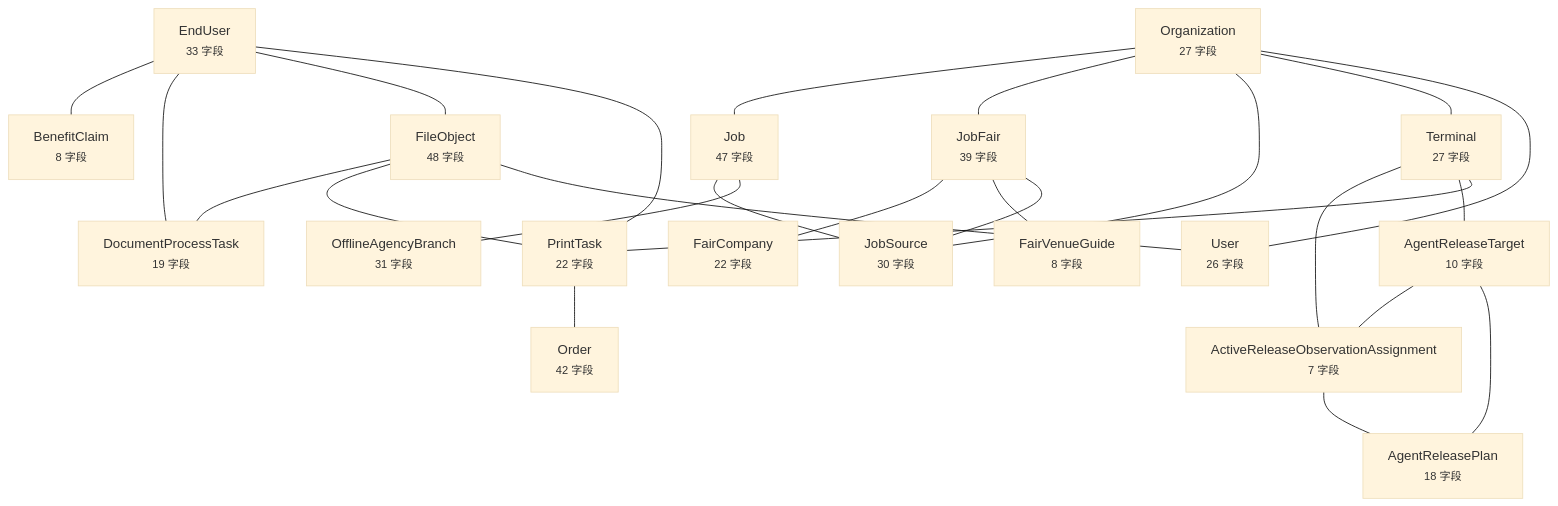
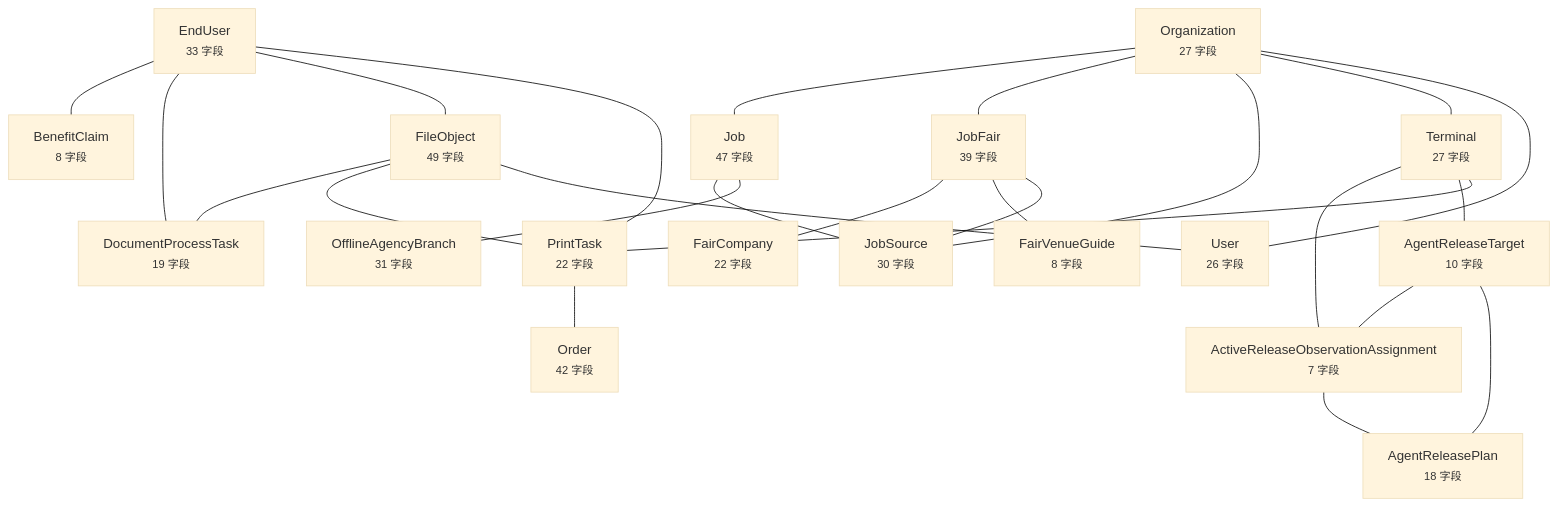
The diagram in docs/graph/data-model.md (wanglei581/YITIJI), drawn with Mermaid (base theme) before and after one commit. The commit also changed other lines of this file and 35 other files, not shown here.

````diff
--- a/docs/graph/data-model.md
+++ b/docs/graph/data-model.md
@@ -10,45 +10,45 @@
 ```mermaid
 flowchart TD
   EndUser["EndUser<br/><small>33 字段</small>"]
   Organization["Organization<br/><small>27 字段</small>"]
   Terminal["Terminal<br/><small>27 字段</small>"]
-  FileObject["FileObject<br/><small>48 字段</small>"]
+  FileObject["FileObject<br/><small>49 字段</small>"]
   Job["Job<br/><small>47 字段</small>"]
   JobFair["JobFair<br/><small>39 字段</small>"]
   JobSource["JobSource<br/><small>30 字段</small>"]
   User["User<br/><small>26 字段</small>"]
   PrintTask["PrintTask<br/><small>22 字段</small>"]
   AgentReleaseTarget["AgentReleaseTarget<br/><small>10 字段</small>"]
   Order["Order<br/><small>42 字段</small>"]
   ActiveReleaseObservationAssignment["ActiveReleaseObservationAssignment<br/><small>7 字段</small>"]
   AgentReleasePlan["AgentReleasePlan<br/><small>18 字段</small>"]
   BenefitClaim["BenefitClaim<br/><small>8 字段</small>"]
   DocumentProcessTask["DocumentProcessTask<br/><small>19 字段</small>"]
   FairCompany["FairCompany<br/><small>22 字段</small>"]
   FairVenueGuide["FairVenueGuide<br/><small>8 字段</small>"]
   OfflineAgencyBranch["OfflineAgencyBranch<br/><small>31 字段</small>"]
   EndUser --- BenefitClaim
   EndUser --- DocumentProcessTask
   EndUser --- FileObject
   EndUser --- PrintTask
   Organization --- Job
   Organization --- JobFair
   Organization --- JobSource
   Organization --- Terminal
   Organization --- User
   Terminal --- ActiveReleaseObservationAssignment
   Terminal --- AgentReleaseTarget
   Terminal --- PrintTask
   FileObject --- DocumentProcessTask
   FileObject --- PrintTask
   FileObject --- User
   Job --- JobSource
   Job --- OfflineAgencyBranch
   JobFair --- FairCompany
   JobFair --- FairVenueGuide
   JobFair --- JobSource
   PrintTask --- Order
   AgentReleaseTarget --- ActiveReleaseObservationAssignment
   AgentReleaseTarget --- AgentReleasePlan
   ActiveReleaseObservationAssignment --- AgentReleasePlan
 ```
````
